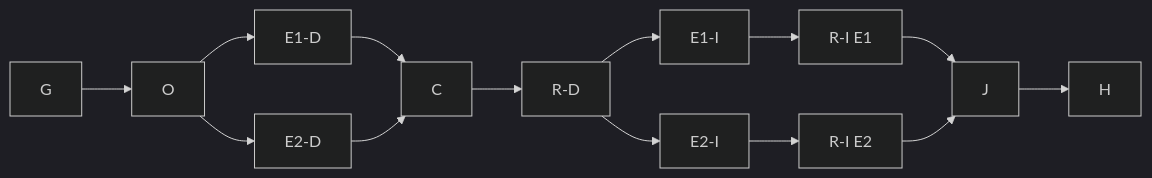
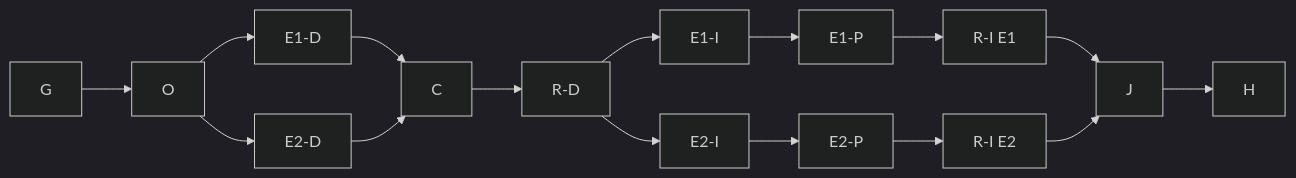
One commit to timianmalloo/ai-de changed the diagram in docs/plans/atlas-views.md. Above: the diagram before and after it, drawn with Mermaid (dark theme). The commit also changed other lines of this file and 4 other files, not shown here.

````diff
--- a/docs/plans/atlas-views.md
+++ b/docs/plans/atlas-views.md
@@ -68,16 +70,18 @@
 ```mermaid
 flowchart LR
  G --> O
  O --> D1[E1-D]
  O --> D2[E2-D]
  D1 --> C
  D2 --> C
  C --> RD[R-D]
  RD --> I1[E1-I]
  RD --> I2[E2-I]
- I1 --> R1[R-I E1]
- I2 --> R2[R-I E2]
+ I1 --> P1[E1-P]
+ I2 --> P2[E2-P]
+ P1 --> R1[R-I E1]
+ P2 --> R2[R-I E2]
  R1 --> J
  R2 --> J
  J --> H
 ```
````
